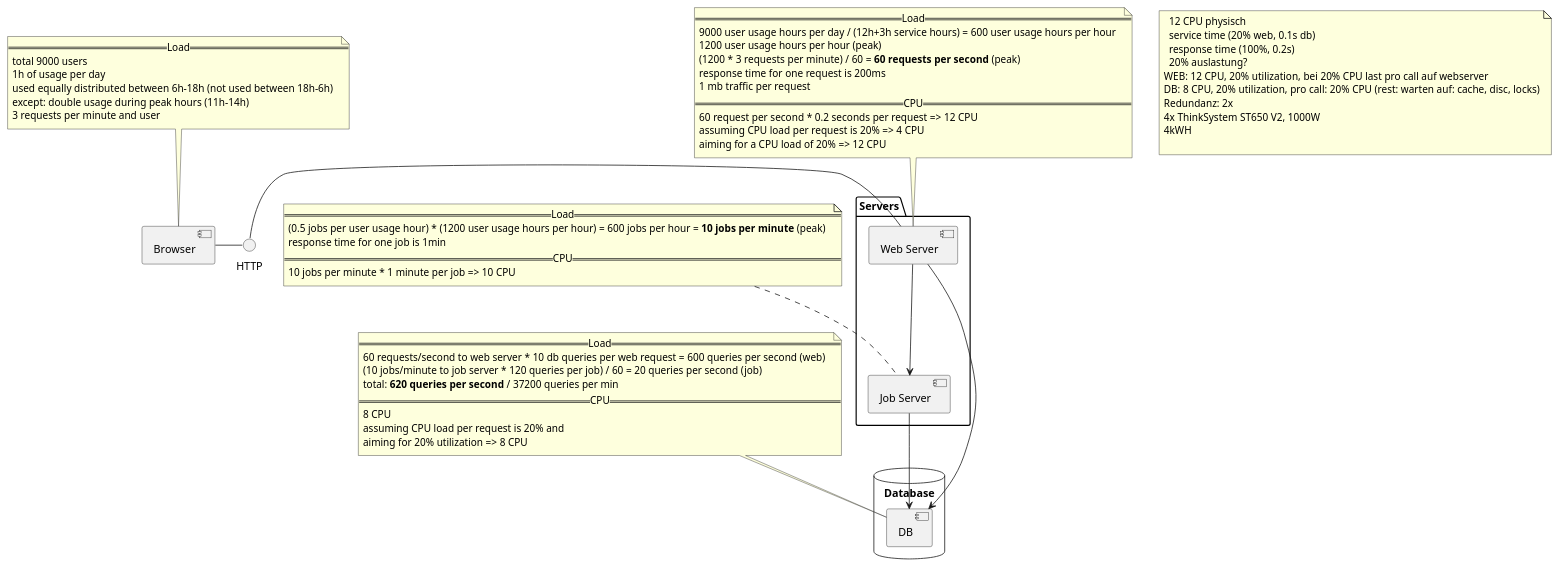
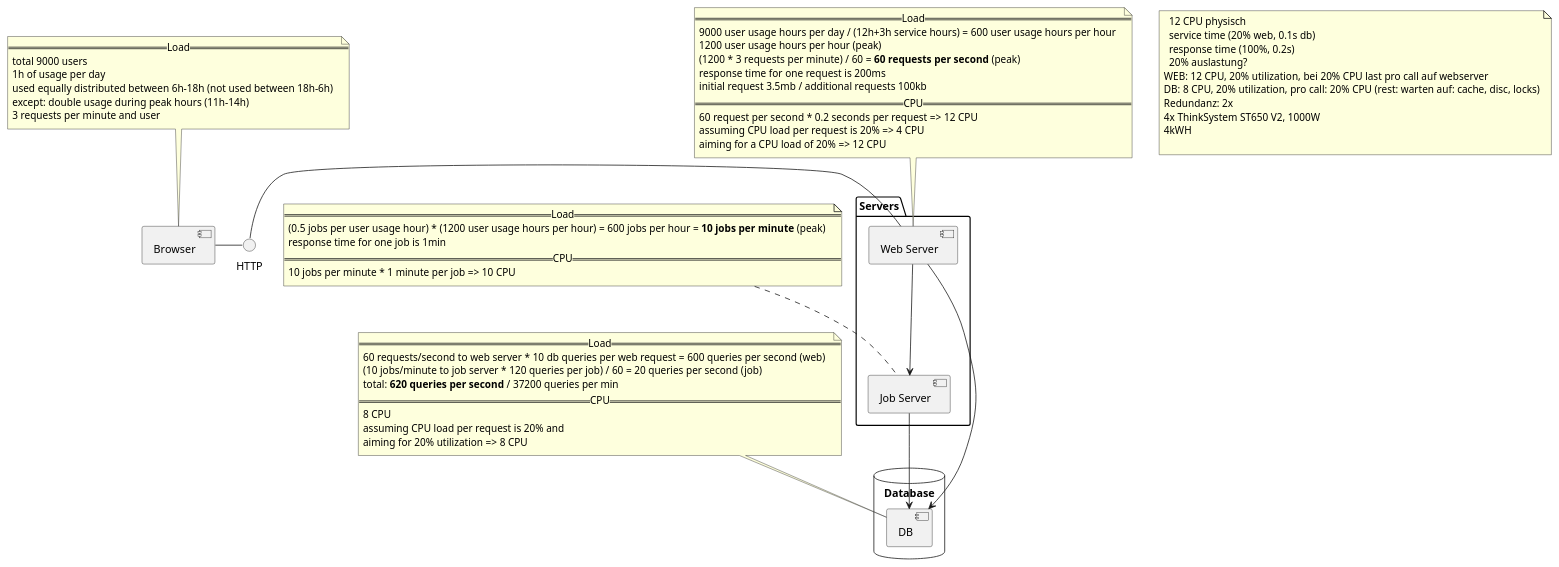
Before and after one commit to abeggchr/environmental-impact-estimator: the diagram in api/src/scenario/machines/ProductionMachines.puml, drawn with PlantUML. The commit also changed 5 other files, not shown here.

```diff
--- a/api/src/scenario/machines/ProductionMachines.puml
+++ b/api/src/scenario/machines/ProductionMachines.puml
@@ -1,83 +1,83 @@
 @startuml
 'https://plantuml.com/component-diagram
 
 [Browser] - HTTP
 
 note as BN
   == Load ==
   total 9000 users
   1h of usage per day
   used equally distributed between 6h-18h (not used between 18h-6h)
   except: double usage during peak hours (11h-14h)
   3 requests per minute and user
 end note
 
 BN .. [Browser]
 
 
 package "Servers" {
   HTTP - [Web Server]
   [Job Server]
 }
 
 note as WN
   == Load ==
   9000 user usage hours per day / (12h+3h service hours) = 600 user usage hours per hour
   1200 user usage hours per hour (peak)
   (1200 * 3 requests per minute) / 60 = **60 requests per second** (peak)
   response time for one request is 200ms
-  1 mb traffic per request
+  initial request 3.5mb / additional requests 100kb
   == CPU ==
   60 request per second * 0.2 seconds per request => 12 CPU
   assuming CPU load per request is 20% => 4 CPU
   aiming for a CPU load of 20% => 12 CPU
 end note
 
 WN .. [Web Server]
 
 
 note as JN
   == Load ==
   (0.5 jobs per user usage hour) * (1200 user usage hours per hour) = 600 jobs per hour = **10 jobs per minute** (peak)
   response time for one job is 1min
   == CPU ==
   10 jobs per minute * 1 minute per job => 10 CPU
 end note
 
 JN .. [Job Server]
 
 
 note as DN
   == Load ==
   60 requests/second to web server * 10 db queries per web request = 600 queries per second (web)
   (10 jobs/minute to job server * 120 queries per job) / 60 = 20 queries per second (job)
   total: **620 queries per second** / 37200 queries per min
   == CPU ==
   8 CPU
   assuming CPU load per request is 20% and
   aiming for 20% utilization => 8 CPU
 end note
 
 database "Database" {
    [DB]
 }
 
 DN .. [DB]
 
 [Web Server] --> [DB]
 [Web Server] --> [Job Server]
 [Job Server] --> [DB]
 
 note as D
   12 CPU physisch
   service time (20% web, 0.1s db)
   response time (100%, 0.2s)
   20% auslastung?
 WEB: 12 CPU, 20% utilization, bei 20% CPU last pro call auf webserver
 DB: 8 CPU, 20% utilization, pro call: 20% CPU (rest: warten auf: cache, disc, locks)
 Redundanz: 2x
 4x ThinkSystem ST650 V2, 1000W
 4kWH
 
 endnote
 @enduml
```
